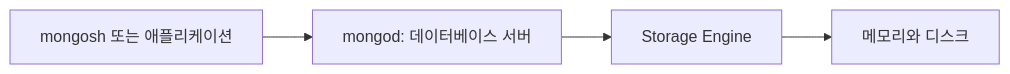
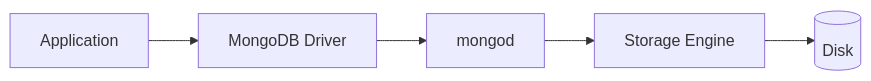
The third of 21 diagrams in _posts/study/smart-learning-ent/nosql-mongodb-easy-for-anyone-to-learn/2026-11-05-mongodb-structure-and-basic-concepts.md (ysiksik/ysiksik.github.io), drawn with Mermaid before and after one commit. The commit also changed other lines of this file and 10 other files, not shown here.

````diff
--- a/_posts/study/smart-learning-ent/nosql-mongodb-easy-for-anyone-to-learn/2026-11-05-mongodb-structure-and-basic-concepts.md
+++ b/_posts/study/smart-learning-ent/nosql-mongodb-easy-for-anyone-to-learn/2026-11-05-mongodb-structure-and-basic-concepts.md
@@ -64,6 +274,13 @@
 ```mermaid
 flowchart LR
-    A["mongosh 또는 애플리케이션"] --> B["mongod: 데이터베이스 서버"]
-    B --> C["Storage Engine"]
-    C --> D["메모리와 디스크"]
+    A["Application"]
+    B["MongoDB Driver"]
+    C["mongod"]
+    D["Storage Engine"]
+    E[("Disk")]
+
+    A --> B
+    B --> C
+    C --> D
+    D --> E
 ```
````
